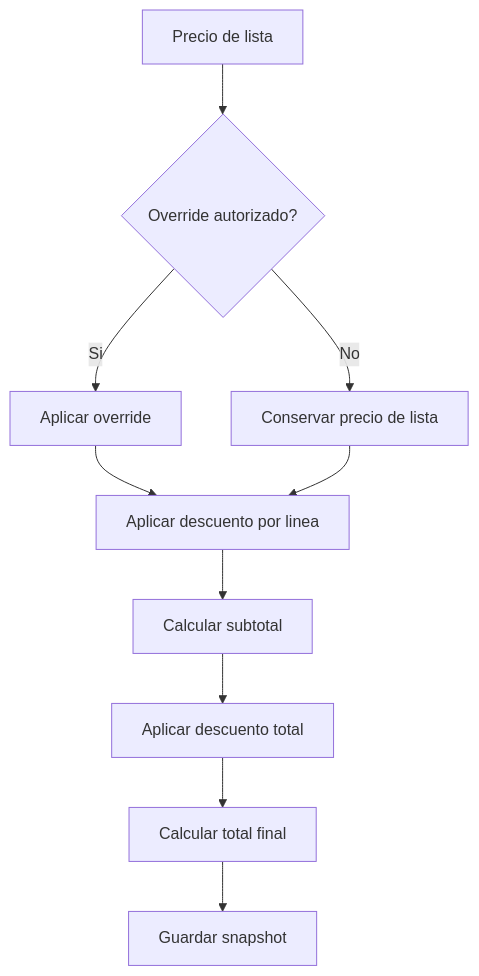
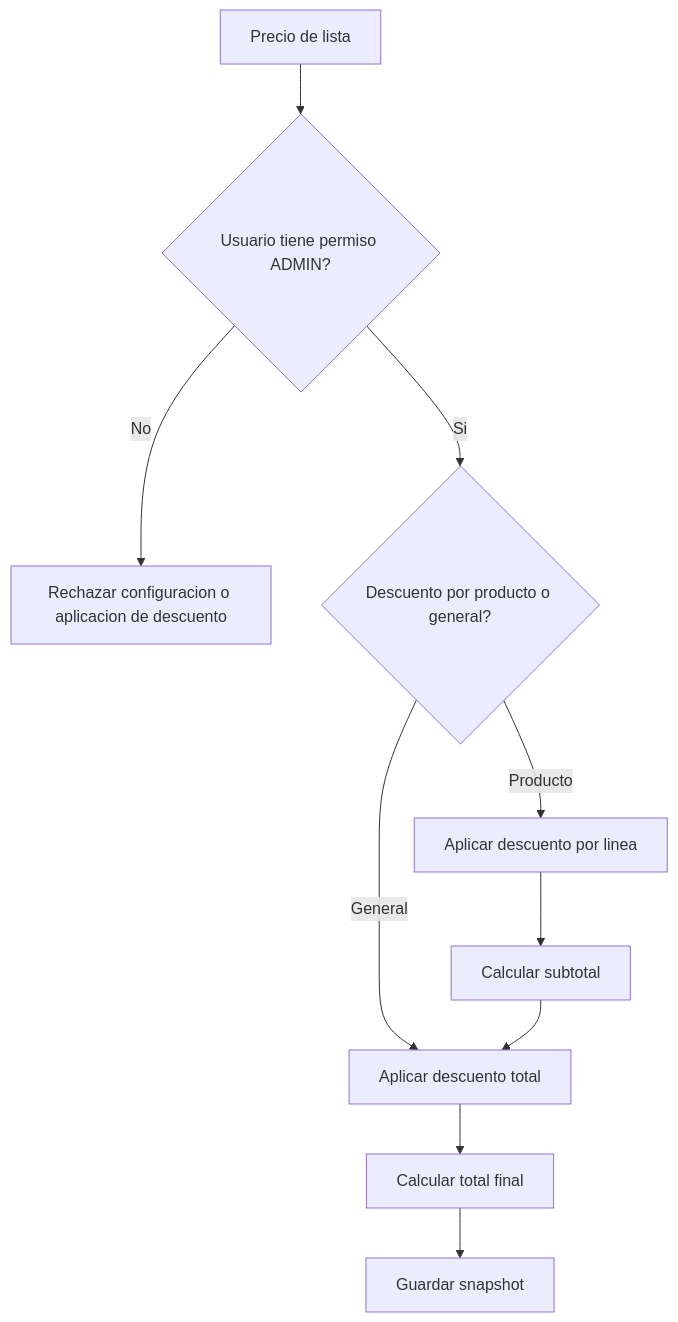
The diagram in docs/diagrams/catalog/flow-discount-calculation.md (Martinrc93/distribuidoraCore), drawn with Mermaid before and after one commit. The commit also changed other lines of this file and 4 other files, not shown here.

````diff
--- a/docs/diagrams/catalog/flow-discount-calculation.md
+++ b/docs/diagrams/catalog/flow-discount-calculation.md
@@ -3,12 +5,12 @@
 ```mermaid
 flowchart TD
-    A[Precio de lista] --> B{Override autorizado?}
-    B -->|Si| C[Aplicar override]
-    B -->|No| D[Conservar precio de lista]
-    C --> E[Aplicar descuento por linea]
-    D --> E
-    E --> F[Calcular subtotal]
-    F --> G[Aplicar descuento total]
-    G --> H[Calcular total final]
+    A[Precio de lista] --> B{Usuario tiene permiso ADMIN?}
+    B -->|No| C[Rechazar configuracion o aplicacion de descuento]
+    B -->|Si| D{Descuento por producto o general?}
+    D -->|Producto| E[Aplicar descuento por linea]
+    D -->|General| F[Aplicar descuento total]
+    E --> G[Calcular subtotal]
+    G --> F
+    F --> H[Calcular total final]
     H --> I[Guardar snapshot]
 ```
````
